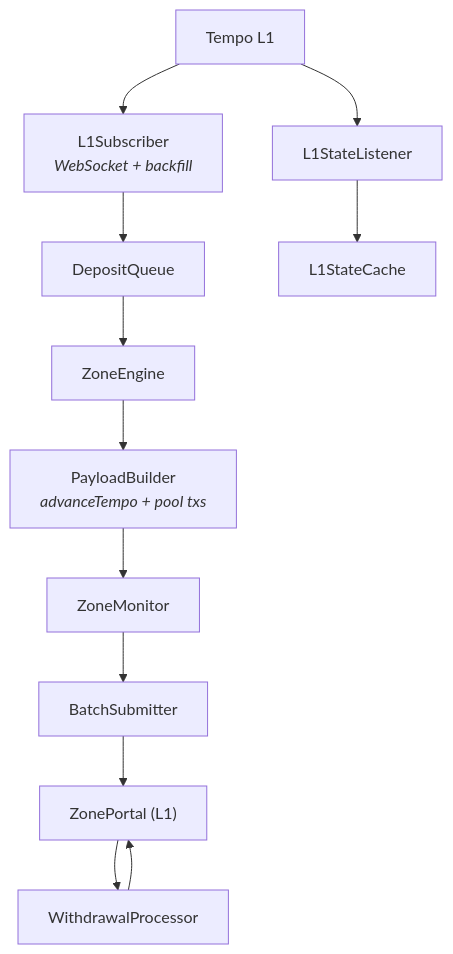
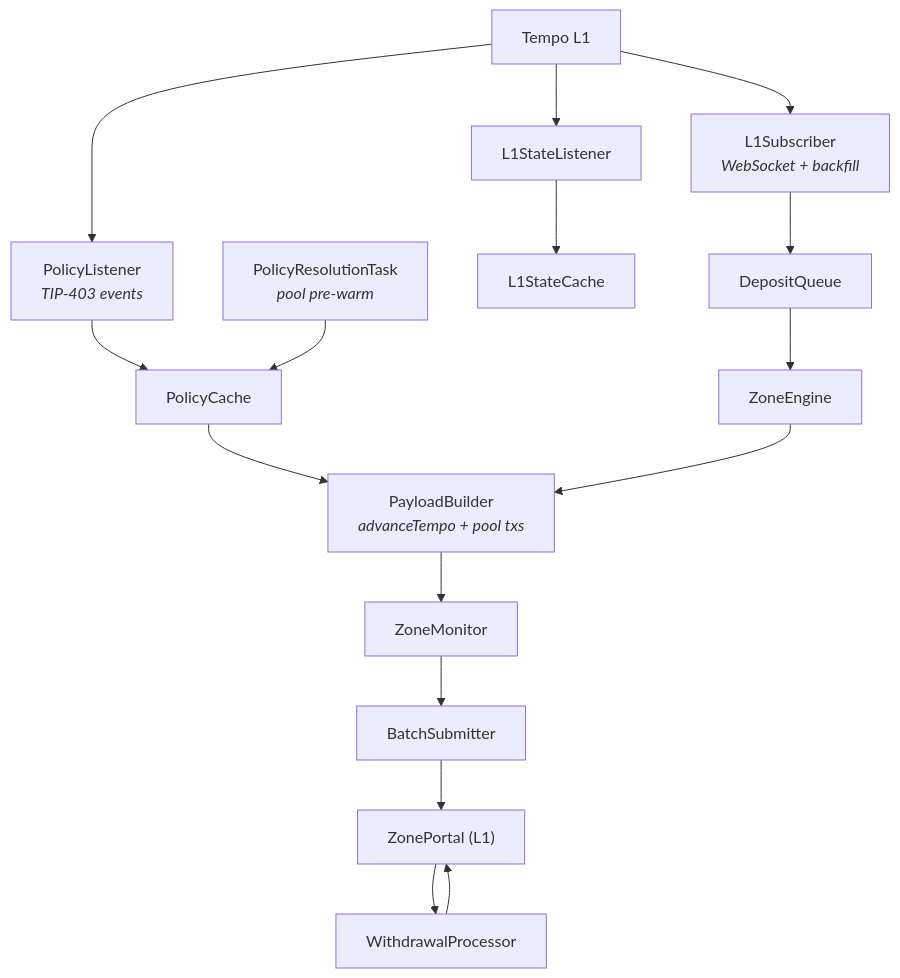
One commit to tempoxyz/zones changed the diagram in crates/tempo-zone/README.md. Above: the diagram before and after it, drawn with Mermaid. The commit also changed other lines of this file and 4 other files, not shown here.

````diff
--- a/crates/tempo-zone/README.md
+++ b/crates/tempo-zone/README.md
@@ -15,29 +15,36 @@
 ```mermaid
 graph TD
     L1["Tempo L1"]
 
     L1Sub["L1Subscriber<br/><i>WebSocket + backfill</i>"]
     L1Listen["L1StateListener"]
+    PolicyListen["PolicyListener<br/><i>TIP-403 events</i>"]
     DQ["DepositQueue"]
     Cache["L1StateCache"]
+    PolicyCache["PolicyCache"]
 
     Engine["ZoneEngine"]
     Builder["PayloadBuilder<br/><i>advanceTempo + pool txs</i>"]
+    PolicyPrefetch["PolicyResolutionTask<br/><i>pool pre-warm</i>"]
 
     Monitor["ZoneMonitor"]
     Batch["BatchSubmitter"]
     WProc["WithdrawalProcessor"]
     Portal["ZonePortal (L1)"]
 
     L1 --> L1Sub
     L1 --> L1Listen
+    L1 --> PolicyListen
     L1Sub --> DQ
     L1Listen --> Cache
+    PolicyListen --> PolicyCache
+    PolicyCache --> Builder
+    PolicyPrefetch --> PolicyCache
     DQ --> Engine
     Engine --> Builder
     Builder --> Monitor
     Monitor --> Batch
     Batch --> Portal
     Portal --> WProc
     WProc --> Portal
 ```
````
